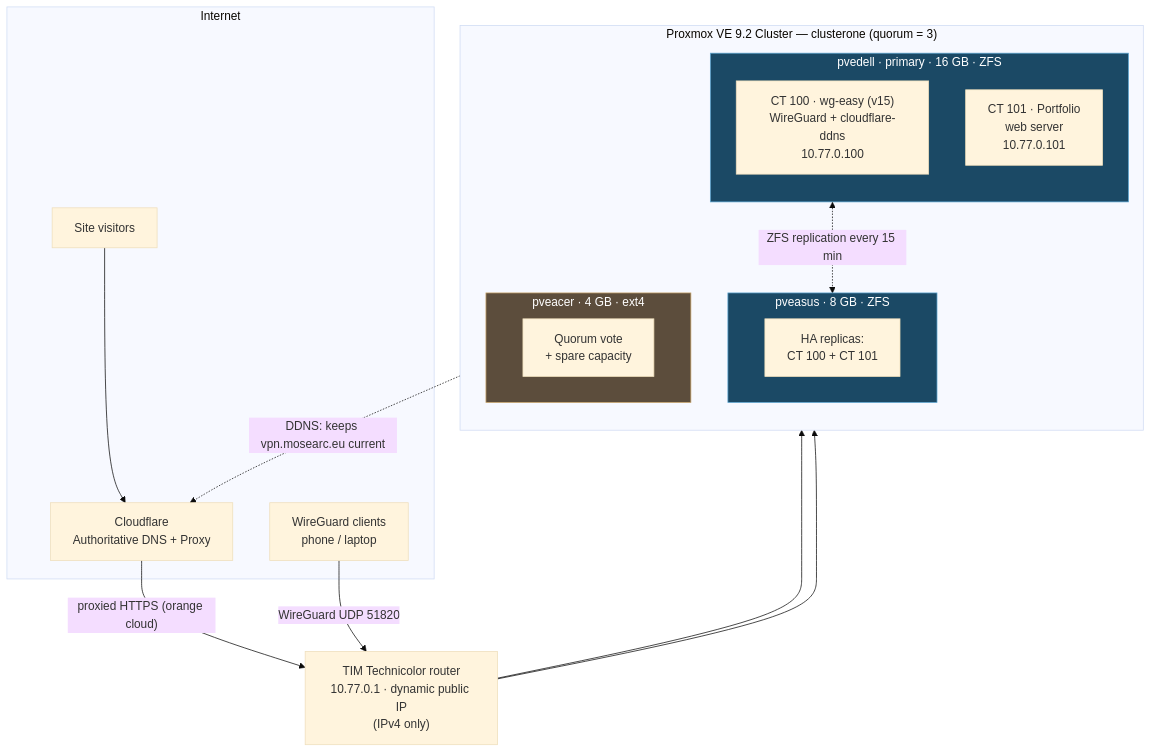
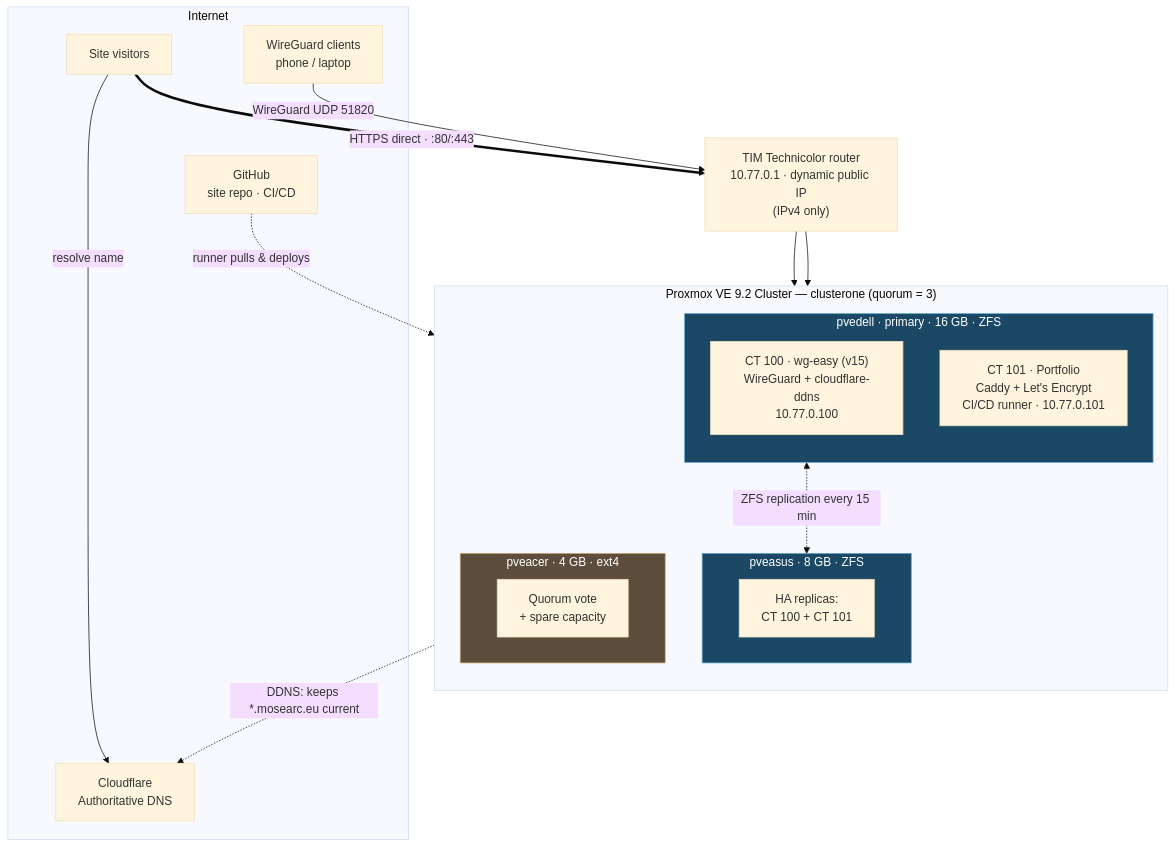
Before and after one commit to mosearc/homelab: the diagram in README.md, drawn with Mermaid (base theme). The commit also changed other lines of this file and 3 other files, not shown here.

````diff
--- a/README.md
+++ b/README.md
@@ -13,35 +13,37 @@
 ```mermaid
 flowchart TB
     subgraph net[Internet]
         users[Site visitors]
-        cf[Cloudflare<br/>Authoritative DNS + Proxy]
+        cf[Cloudflare<br/>Authoritative DNS]
         clients[WireGuard clients<br/>phone / laptop]
+        gh[GitHub<br/>site repo · CI/CD]
     end
 
     router["TIM Technicolor router<br/>10.77.0.1 · dynamic public IP<br/>(IPv4 only)"]
 
     subgraph cluster["Proxmox VE 9.2 Cluster — clusterone (quorum = 3)"]
         direction TB
         subgraph n1["pvedell · primary · 16 GB · ZFS"]
             vpn["CT 100 · wg-easy (v15)<br/>WireGuard + cloudflare-ddns<br/>10.77.0.100"]
-            port["CT 101 · Portfolio<br/>web server<br/>10.77.0.101"]
+            port["CT 101 · Portfolio<br/>Caddy + Let's Encrypt<br/>CI/CD runner · 10.77.0.101"]
         end
         subgraph n2["pveasus · 8 GB · ZFS"]
             repl["HA replicas:<br/>CT 100 + CT 101"]
         end
         subgraph n3["pveacer · 4 GB · ext4"]
             quorum["Quorum vote<br/>+ spare capacity"]
         end
     end
 
-    users --> cf
-    cf -->|"proxied HTTPS (orange cloud)"| router --> port
+    users -->|"resolve name"| cf
+    users ==>|"HTTPS direct · :80/:443"| router --> port
     clients -->|"WireGuard UDP 51820"| router --> vpn
-    vpn -. "DDNS: keeps vpn.mosearc.eu current" .-> cf
+    gh -. "runner pulls & deploys" .-> port
+    vpn -. "DDNS: keeps *.mosearc.eu current" .-> cf
     n1 <-. "ZFS replication every 15 min" .-> n2
 
     classDef zfs fill:#1b4965,stroke:#5fa8d3,color:#fff;
     classDef ext fill:#5c4d3c,stroke:#c9a66b,color:#fff;
     class n1,n2 zfs;
     class n3 ext;
 ```
````
